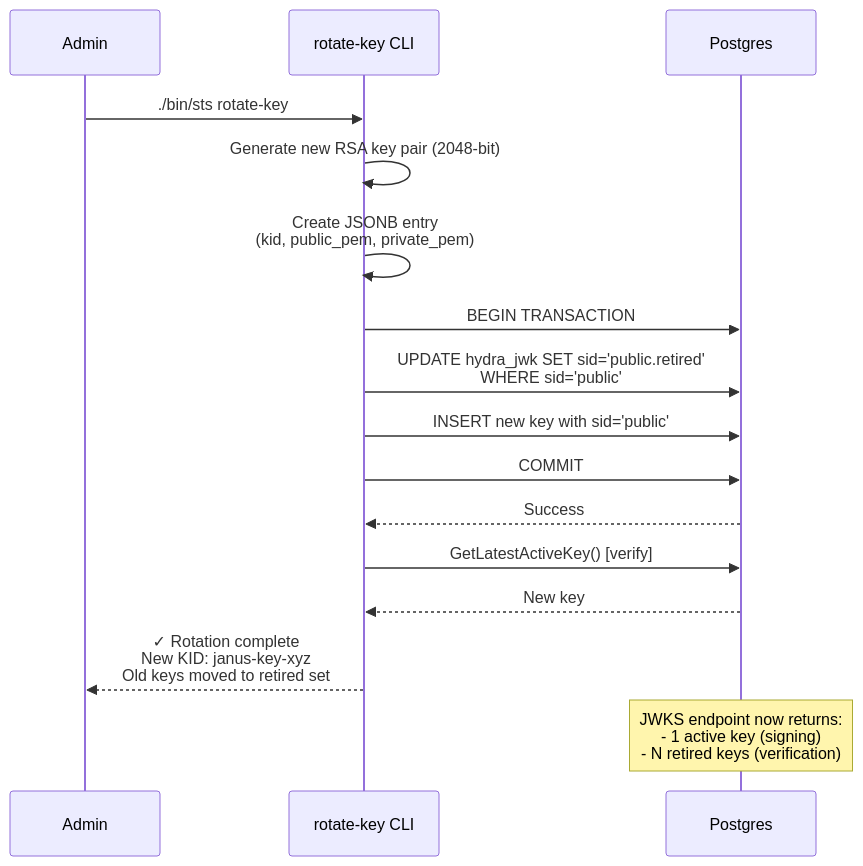
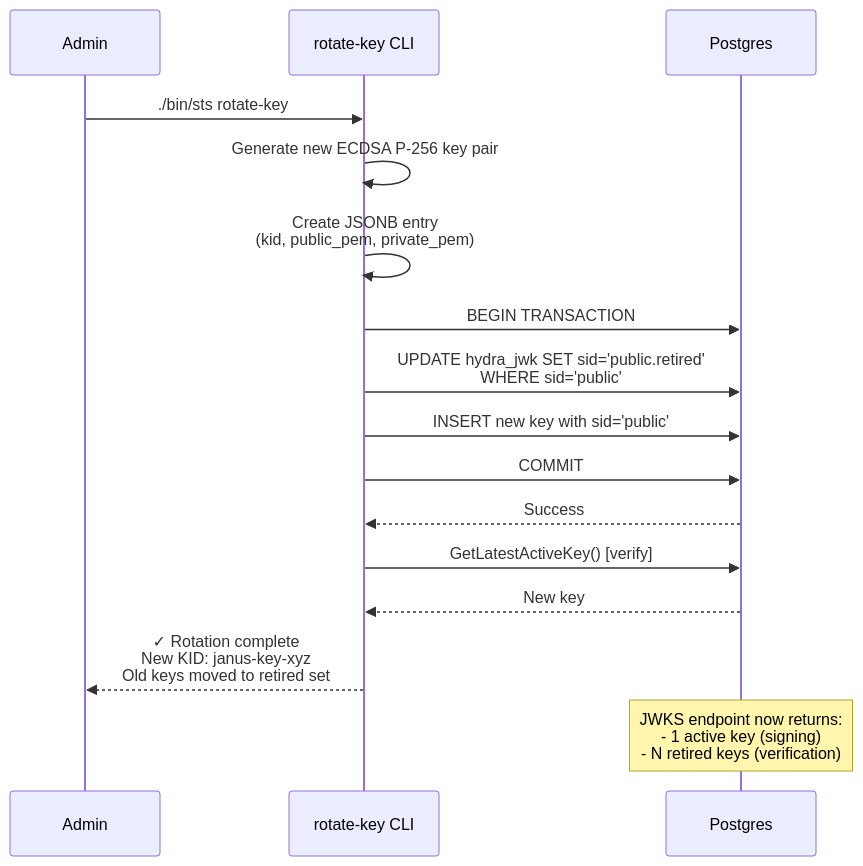
One commit to canonical/secure-token-service changed the fifth of 5 diagrams in README.md. Above: the diagram before and after it, drawn with Mermaid. The commit also changed other lines of this file and 9 other files, not shown here.

First line of the commit message:
feat: switch JWT signing from RSA (RS256) to ECDSA (ES256)

````diff
--- a/README.md
+++ b/README.md
@@ -170,24 +170,24 @@
 ```mermaid
 sequenceDiagram
     participant Admin
     participant CLI as rotate-key CLI
     participant Postgres
     
     Admin->>CLI: ./bin/sts rotate-key
-    CLI->>CLI: Generate new RSA key pair (2048-bit)
+    CLI->>CLI: Generate new ECDSA P-256 key pair
     CLI->>CLI: Create JSONB entry<br/>(kid, public_pem, private_pem)
     
     CLI->>Postgres: BEGIN TRANSACTION
     CLI->>Postgres: UPDATE hydra_jwk SET sid='public.retired'<br/>WHERE sid='public'
     CLI->>Postgres: INSERT new key with sid='public'
     CLI->>Postgres: COMMIT
     
     Postgres-->>CLI: Success
     
     CLI->>Postgres: GetLatestActiveKey() [verify]
     Postgres-->>CLI: New key
     
     CLI-->>Admin: ✓ Rotation complete<br/>New KID: janus-key-xyz<br/>Old keys moved to retired set
     
     Note over Postgres: JWKS endpoint now returns:<br/>- 1 active key (signing)<br/>- N retired keys (verification)
 ```
````
